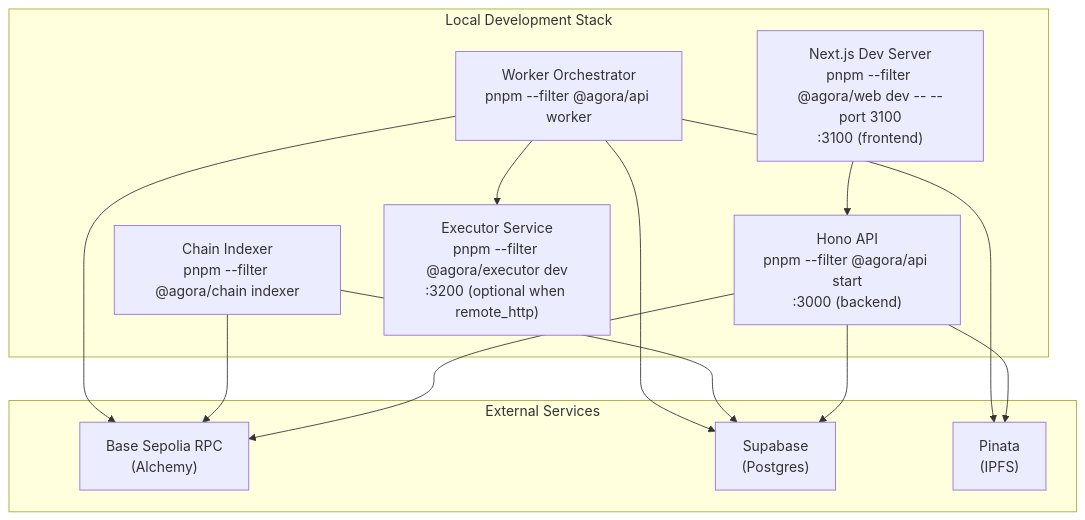
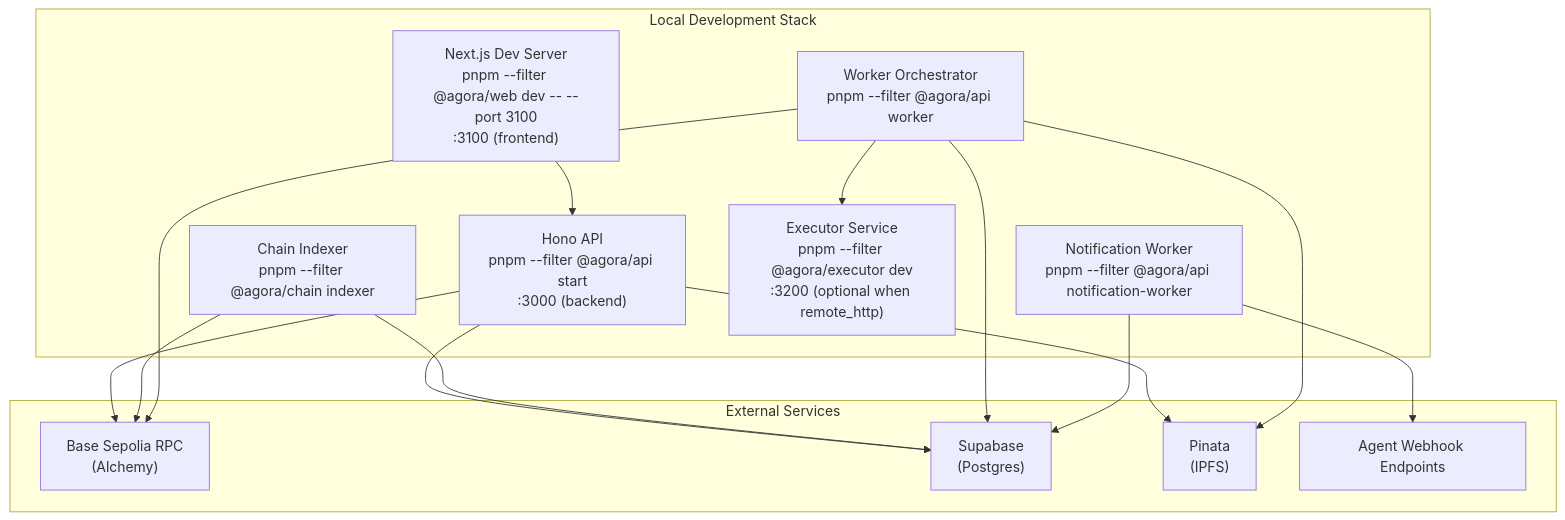
Before and after one commit to andymolecule/Hermes: the first of 3 diagrams in docs/operations.md, drawn with Mermaid. The commit also changed other lines of this file and 13 other files, not shown here.

Commit message:
Add agent payout webhook backfill and Fly notification worker

````diff
--- a/docs/operations.md
+++ b/docs/operations.md
@@ -40,27 +40,31 @@
 ```mermaid
 flowchart TB
     subgraph Local["Local Development Stack"]
         Web["Next.js Dev Server<br/>pnpm --filter @agora/web dev -- --port 3100<br/>:3100 (frontend)"]
         API["Hono API<br/>pnpm --filter @agora/api start<br/>:3000 (backend)"]
         Indexer["Chain Indexer<br/>pnpm --filter @agora/chain indexer"]
         Worker["Worker Orchestrator<br/>pnpm --filter @agora/api worker"]
+        Notify["Notification Worker<br/>pnpm --filter @agora/api notification-worker"]
         Executor["Executor Service<br/>pnpm --filter @agora/executor dev<br/>:3200 (optional when remote_http)"]
     end
 
     subgraph External["External Services"]
         RPC["Base Sepolia RPC<br/>(Alchemy)"]
         Supa["Supabase<br/>(Postgres)"]
         Pin["Pinata<br/>(IPFS)"]
+        Hooks["Agent Webhook Endpoints"]
     end
 
     API --> Supa
     API --> Pin
     API --> RPC
     Indexer --> RPC
     Indexer --> Supa
     Worker --> Supa
     Worker --> Pin
     Worker --> RPC
     Worker --> Executor
+    Notify --> Supa
+    Notify --> Hooks
     Web --> API
 ```
````
